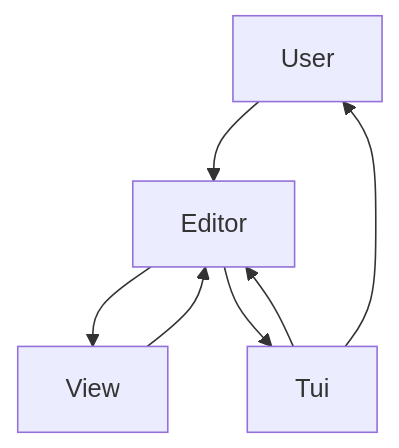
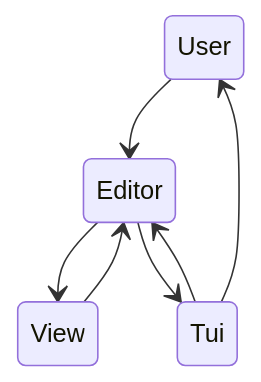
One commit to florentinl/giga changed the diagram in giga/pages/structure.md. Above: the diagram before and after it, drawn with Mermaid. The commit also changed other lines of this file and 3 other files, not shown here.

````diff
--- a/giga/pages/structure.md
+++ b/giga/pages/structure.md
@@ -9,13 +11,10 @@
 ```mermaid {themeVariables: {nodeBorder: '#885921'}}
-graph TD
-  U[User]
-  M[View]
-  V[Tui]
-  C[Editor]
-  U --> C
-  C --> M
-  C --> V
-  M --> C
-  V --> C
-  V --> U
+stateDiagram
+direction TB
+  User --> Editor
+  Editor --> View
+  Editor --> Tui
+  View --> Editor
+  Tui --> Editor
+  Tui --> User
 ```
````
